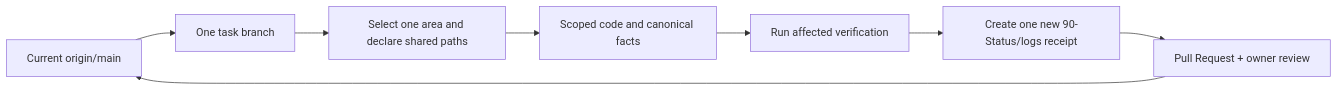
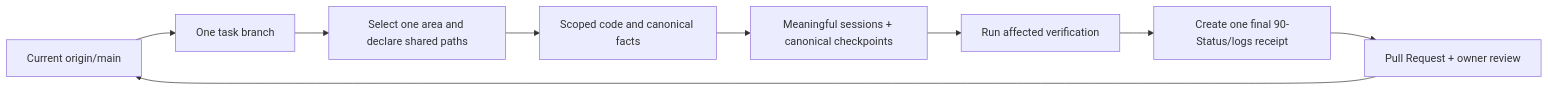
Before and after one commit to kraveerachat/Project-End-The-AEGIS: the diagram in Obsidian_AEGIS_Vault/AEGIS_Knowledge/core/agent-operating-rules.md, drawn with Mermaid. The commit also changed other lines of this file and 9 other files, not shown here.

````diff
--- a/Obsidian_AEGIS_Vault/AEGIS_Knowledge/core/agent-operating-rules.md
+++ b/Obsidian_AEGIS_Vault/AEGIS_Knowledge/core/agent-operating-rules.md
@@ -40,10 +44,11 @@
 ```mermaid
 flowchart LR
     Main["Current origin/main"] --> Branch["One task branch"]
     Branch --> Scope["Select one area and declare shared paths"]
     Scope --> Work["Scoped code and canonical facts"]
-    Work --> Test["Run affected verification"]
-    Test --> Receipt["Create one new 90-Status/logs receipt"]
+    Work --> Session["Meaningful sessions + canonical checkpoints"]
+    Session --> Test["Run affected verification"]
+    Test --> Receipt["Create one final 90-Status/logs receipt"]
     Receipt --> PR["Pull Request + owner review"]
     PR --> Main
 ```
````
